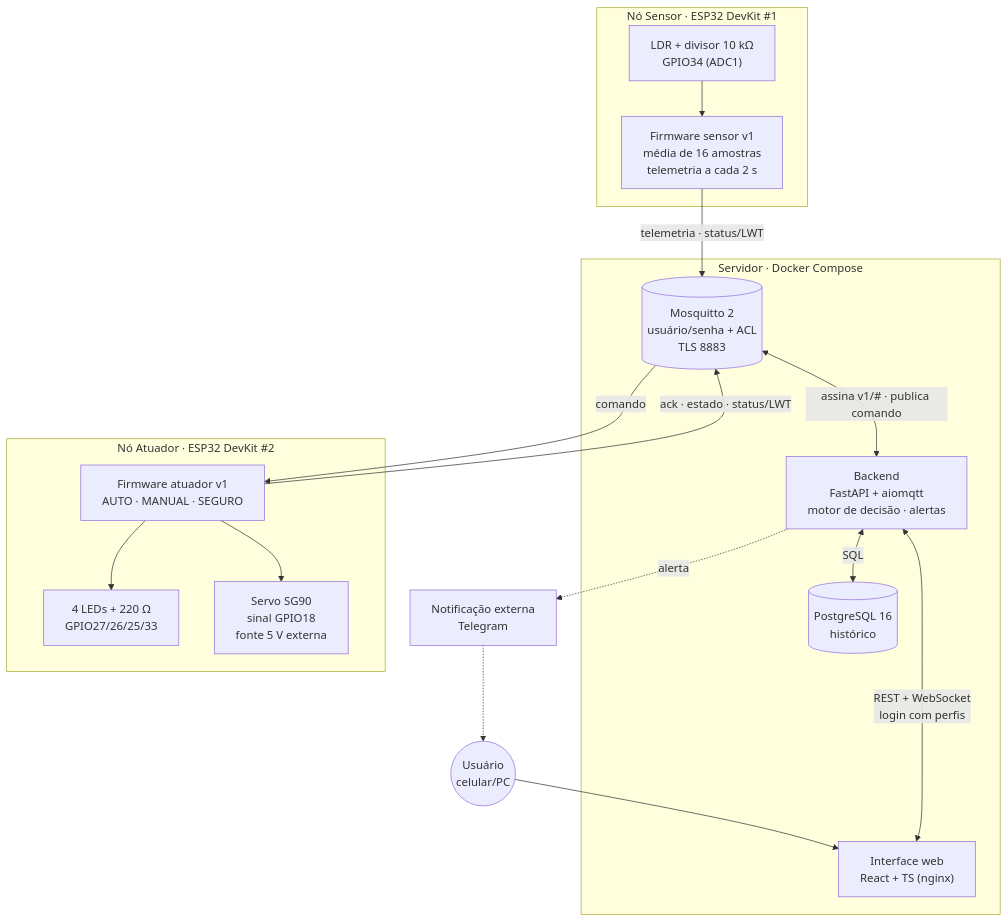
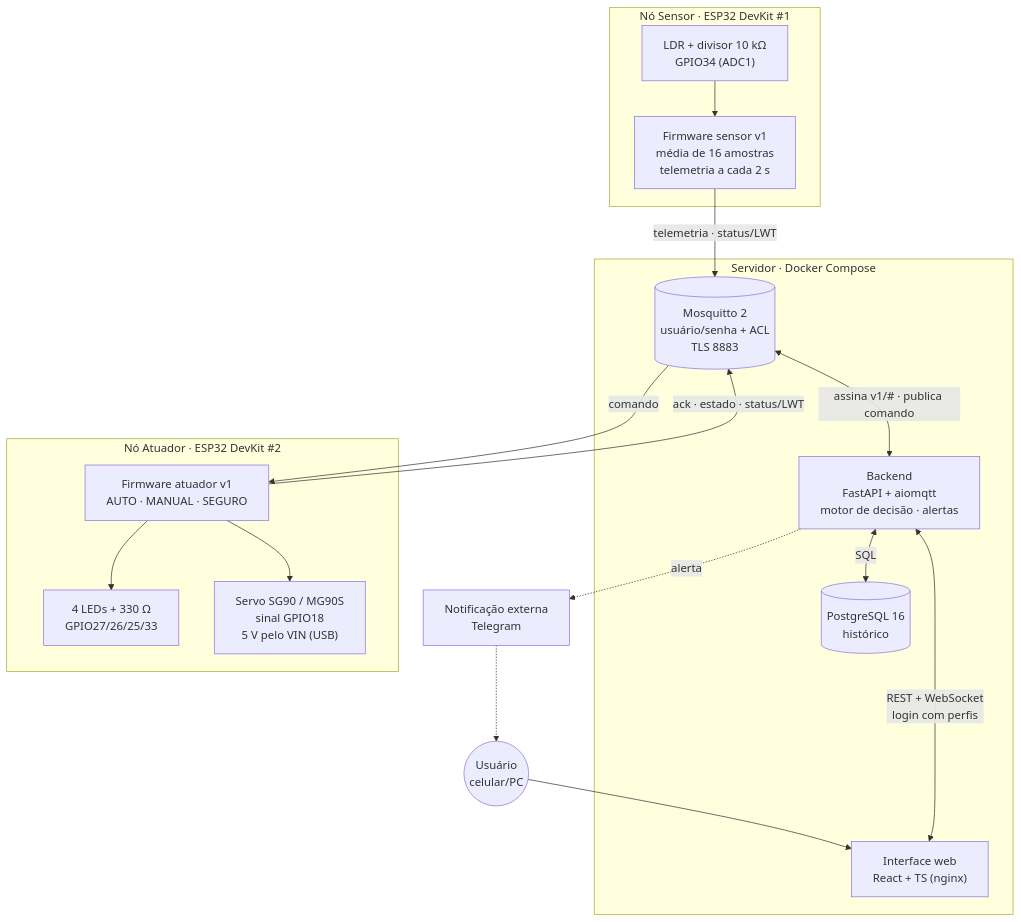
The diagram in docs/diagramas/arquitetura.mmd (nnegherbon/IOT-ESP32-Sensor-de-luz), drawn with Mermaid before and after one commit. The commit also changed 11 other files, not shown here.

```diff
--- a/docs/diagramas/arquitetura.mmd
+++ b/docs/diagramas/arquitetura.mmd
@@ -1,23 +1,23 @@
 flowchart TB
   subgraph S["Nó Sensor · ESP32 DevKit #1"]
     LDR["LDR + divisor 10 kΩ<br/>GPIO34 (ADC1)"] --> FS["Firmware sensor v1<br/>média de 16 amostras<br/>telemetria a cada 2 s"]
   end
   subgraph B["Servidor · Docker Compose"]
     MQ[("Mosquitto 2<br/>usuário/senha + ACL<br/>TLS 8883")]
     BE["Backend<br/>FastAPI + aiomqtt<br/>motor de decisão · alertas"]
     DB[("PostgreSQL 16<br/>histórico")]
     UI["Interface web<br/>React + TS (nginx)"]
     MQ <-->|"assina v1/# · publica comando"| BE
     BE <-->|SQL| DB
     UI <-->|"REST + WebSocket<br/>login com perfis"| BE
   end
   subgraph A["Nó Atuador · ESP32 DevKit #2"]
-    FA["Firmware atuador v1<br/>AUTO · MANUAL · SEGURO"] --> LED["4 LEDs + 220 Ω<br/>GPIO27/26/25/33"]
-    FA --> SV["Servo SG90<br/>sinal GPIO18<br/>fonte 5 V externa"]
+    FA["Firmware atuador v1<br/>AUTO · MANUAL · SEGURO"] --> LED["4 LEDs + 330 Ω<br/>GPIO27/26/25/33"]
+    FA --> SV["Servo SG90 / MG90S<br/>sinal GPIO18<br/>5 V pelo VIN (USB)"]
   end
   FS -->|"telemetria · status/LWT"| MQ
   MQ -->|comando| FA
   FA -->|"ack · estado · status/LWT"| MQ
   BE -.->|"alerta"| N["Notificação externa<br/>Telegram"]
   U(("Usuário<br/>celular/PC")) --> UI
   N -.-> U
```
